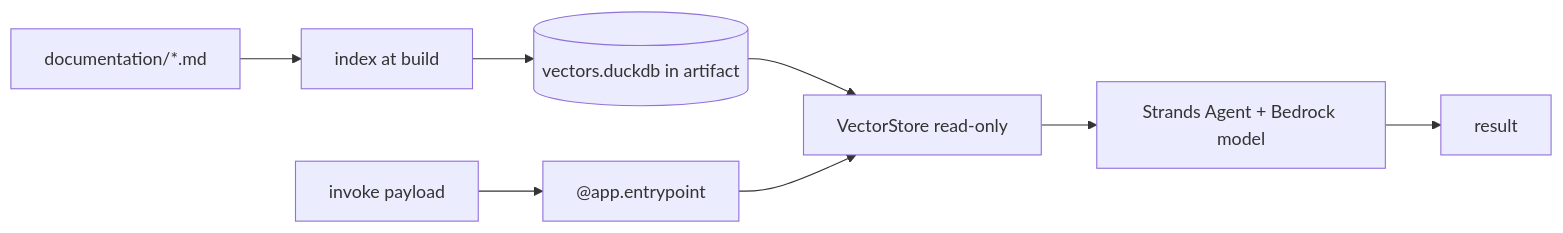
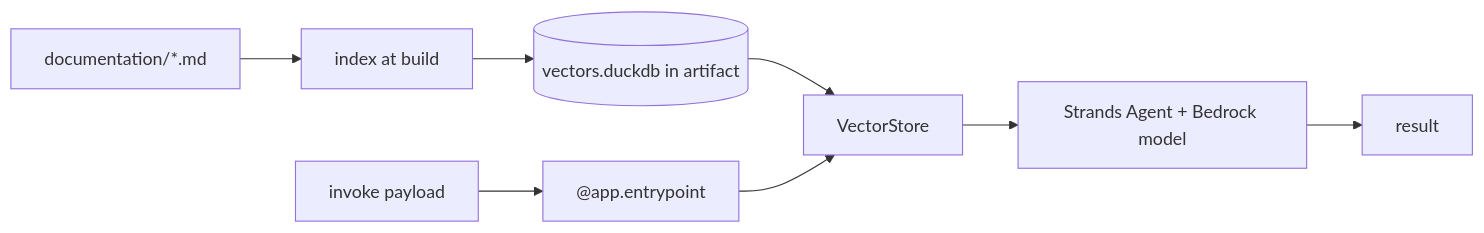
The diagram in documentation/aws-bedrock-agentcore-guide.md (bernard357/duckdb-vectors), drawn with Mermaid before and after one commit. The commit also changed other lines of this file and 41 other files, not shown here.

First line of the commit message:
refactor!: remove the read-only store concept package-wide

````diff
--- a/documentation/aws-bedrock-agentcore-guide.md
+++ b/documentation/aws-bedrock-agentcore-guide.md
@@ -17,10 +17,10 @@
 ```mermaid
 flowchart LR
     Docs[documentation/*.md] --> Build[index at build]
     Build --> DB[(vectors.duckdb in artifact)]
     User[invoke payload] --> Entry["@app.entrypoint"]
-    DB --> Retrieve[VectorStore read-only]
+    DB --> Retrieve[VectorStore]
     Entry --> Retrieve
     Retrieve --> Model[Strands Agent + Bedrock model]
     Model --> Answer[result]
 ```
````
